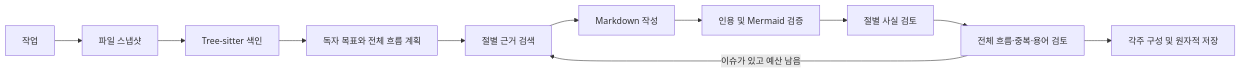
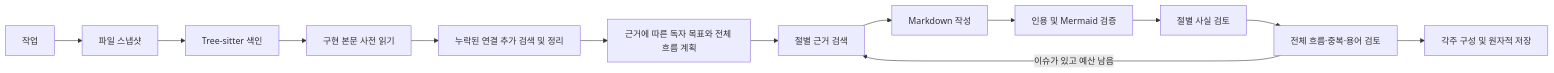
One commit to letspurify-ux/DocCraftAgent changed the diagram in docs/architecture.md. Above: the diagram before and after it, drawn with Mermaid. The commit also changed other lines of this file and 23 other files, not shown here.

````diff
--- a/docs/architecture.md
+++ b/docs/architecture.md
@@ -7,13 +7,15 @@
 ```mermaid
 flowchart LR
  A[작업] --> B[파일 스냅샷]
  B --> C[Tree-sitter 색인]
- C --> D[독자 목표와 전체 흐름 계획]
+ C --> C1[구현 본문 사전 읽기]
+ C1 --> C2[누락된 연결 추가 검색 및 정리]
+ C2 --> D[근거에 따른 독자 목표와 전체 흐름 계획]
  D --> E[절별 근거 검색]
  E --> F[Markdown 작성]
  F --> G[인용 및 Mermaid 검증]
  G --> H[절별 사실 검토]
  H --> J[전체 흐름·중복·용어 검토]
  J -->|이슈가 있고 예산 남음| E
  J --> I[각주 구성 및 원자적 저장]
 ```
````
